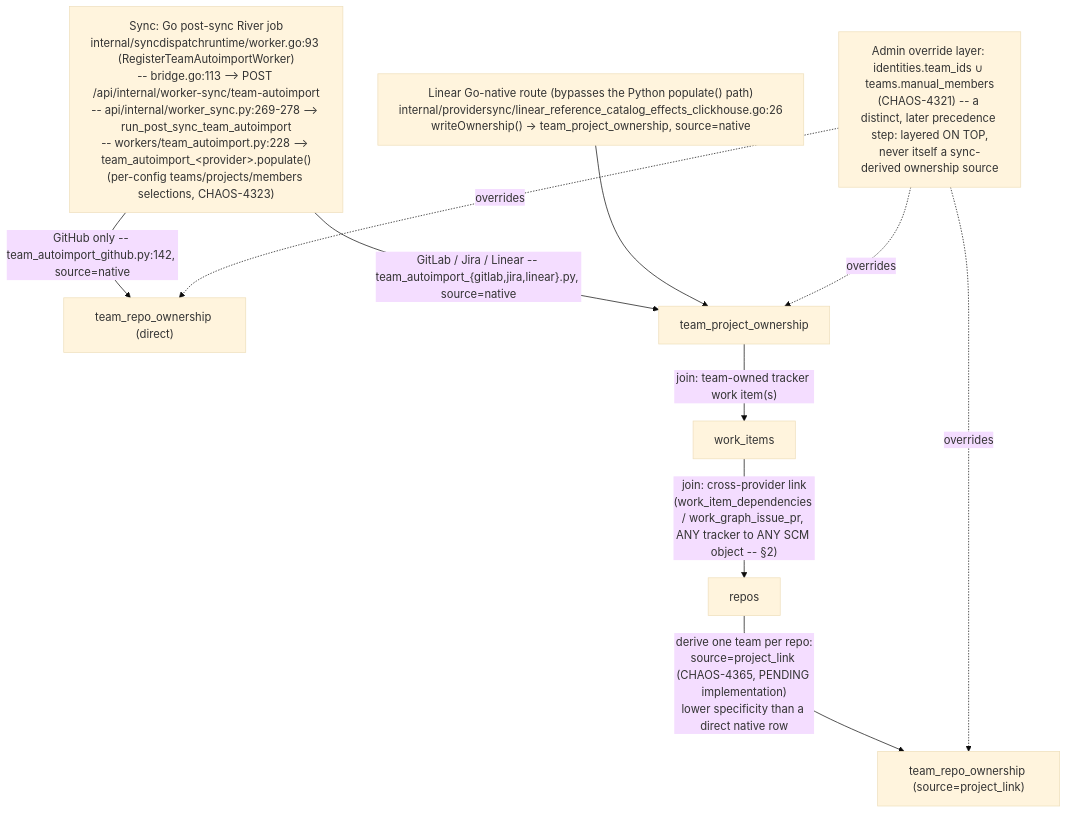
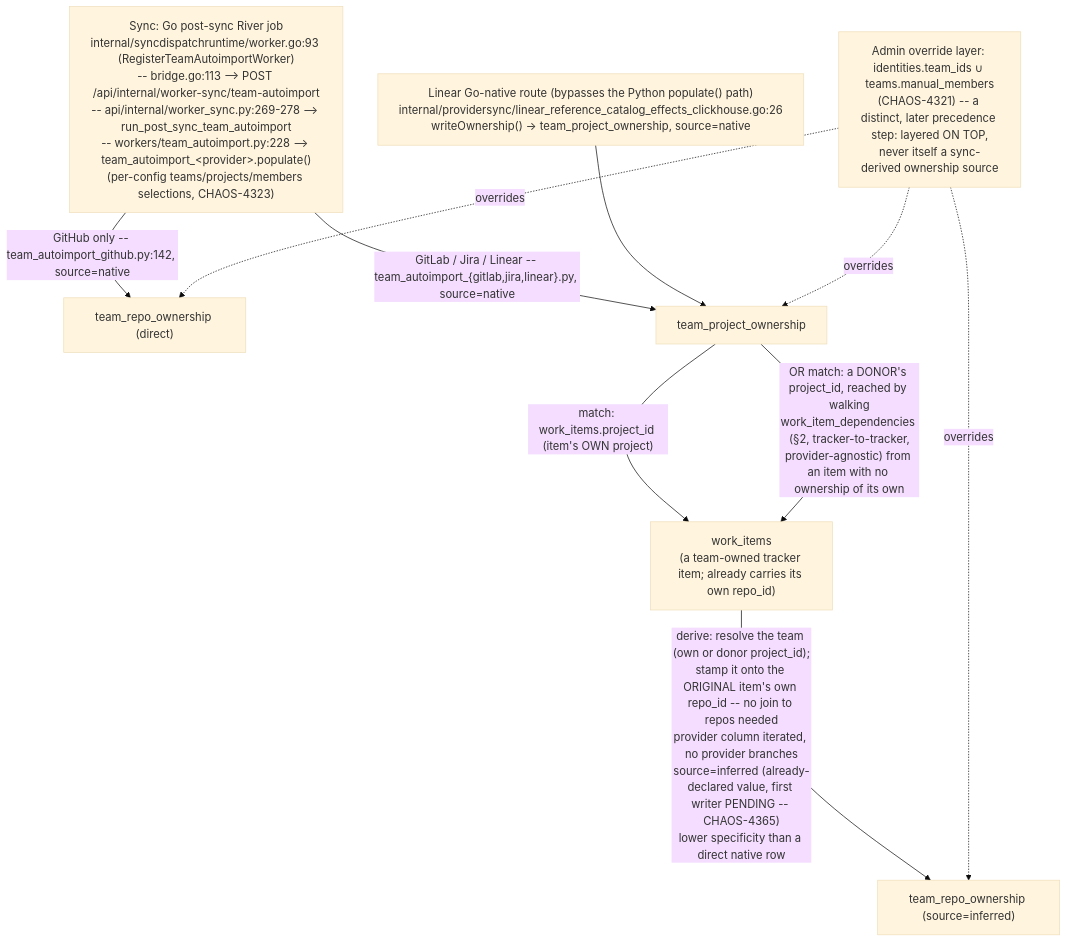
One commit to full-chaos/dev-health-ops changed the third of 7 diagrams in docs/contribute/architecture/team-attribution.md. Above: the diagram before and after it, drawn with Mermaid (base theme). The commit also changed other lines of this file, not shown here.

First line of the commit message:
Rename the derived team_repo_ownership source to inferred, per coordination

````diff
--- a/docs/contribute/architecture/team-attribution.md
+++ b/docs/contribute/architecture/team-attribution.md
@@ -872,16 +879,17 @@
 ```mermaid
 flowchart TD
     SYNC["Sync: Go post-sync River job<br/>internal/syncdispatchruntime/worker.go:93 (RegisterTeamAutoimportWorker)<br/>-- bridge.go:113 --&gt; POST /api/internal/worker-sync/team-autoimport<br/>-- api/internal/worker_sync.py:269-278 --&gt; run_post_sync_team_autoimport<br/>-- workers/team_autoimport.py:228 --&gt; team_autoimport_&lt;provider&gt;.populate()<br/>(per-config teams/projects/members selections, CHAOS-4323)"]
     SYNC -->|"GitHub only -- team_autoimport_github.py:142, source=native"| TRO_direct["team_repo_ownership (direct)"]
     SYNC -->|"GitLab / Jira / Linear -- team_autoimport_{gitlab,jira,linear}.py, source=native"| TPO["team_project_ownership"]
     LGN["Linear Go-native route (bypasses the Python populate() path)<br/>internal/providersync/linear_reference_catalog_effects_clickhouse.go:26<br/>writeOwnership() -&gt; team_project_ownership, source=native"] --> TPO
 
-    TPO -->|"join: team-owned tracker work item(s)"| WI["work_items"]
-    WI -->|"join: cross-provider link<br/>(work_item_dependencies / work_graph_issue_pr, ANY tracker to ANY SCM object -- §2)"| REPO["repos"]
-    REPO -->|"derive one team per repo:<br/>source=project_link (CHAOS-4365, PENDING implementation)<br/>lower specificity than a direct native row"| TRO_derived["team_repo_ownership (source=project_link)"]
+    TPO -->|"match: work_items.project_id (item's OWN project)"| WI["work_items<br/>(a team-owned tracker item; already carries its own repo_id)"]
+    TPO -->|"OR match: a DONOR's project_id, reached by walking<br/>work_item_dependencies (§2, tracker-to-tracker,<br/>provider-agnostic) from an item with no ownership of its own"| WI
+
+    WI -->|"derive: resolve the team (own or donor project_id);<br/>stamp it onto the ORIGINAL item's own repo_id -- no join to repos needed<br/>provider column iterated, no provider branches<br/>source=inferred (already-declared value, first writer PENDING -- CHAOS-4365)<br/>lower specificity than a direct native row"| TRO_derived["team_repo_ownership (source=inferred)"]
 
     ADMIN["Admin override layer: identities.team_ids ∪ teams.manual_members<br/>(CHAOS-4321) -- a distinct, later precedence step: layered ON TOP,<br/>never itself a sync-derived ownership source"]
     ADMIN -. overrides .-> TPO
     ADMIN -. overrides .-> TRO_direct
     ADMIN -. overrides .-> TRO_derived
 ```
````
